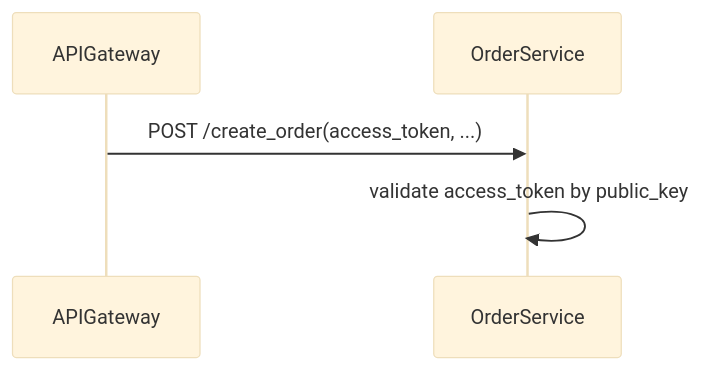
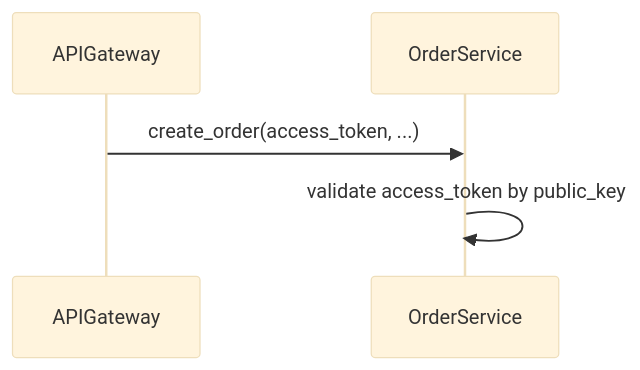
One commit to tungminh111/Crypto-Exchange-System changed the seventh of 8 diagrams in document/UserServiceDesign.md. Above: the diagram before and after it, drawn with Mermaid (base theme). The commit also changed other lines of this file and 1 other file, not shown here.

Commit message:
fix mermaid format

````diff
--- a/document/UserServiceDesign.md
+++ b/document/UserServiceDesign.md
@@ -92,7 +92,7 @@
 ```mermaid
 sequenceDiagram
     participant api as APIGateway
     participant us as OrderService
-    api ->> us: POST /create_order(access_token, ...)
+    api ->> us: create_order(access_token, ...)
     us ->> us: validate access_token by public_key
 ```
````
